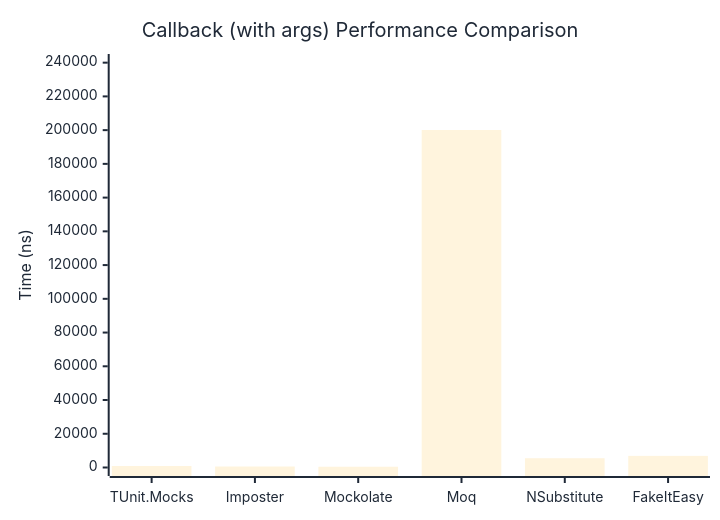
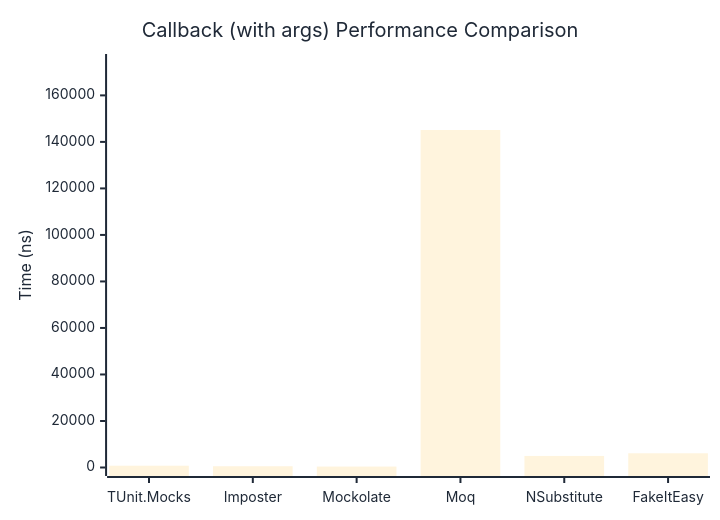
One commit to thomhurst/TUnit changed the second of 2 diagrams in docs/docs/benchmarks/mocks/Callback.md. Above: the diagram before and after it, drawn with Mermaid. The commit also changed other lines of this file and 14 other files, not shown here.

````diff
--- a/docs/docs/benchmarks/mocks/Callback.md
+++ b/docs/docs/benchmarks/mocks/Callback.md
@@ -71,27 +71,27 @@
 ```mermaid
 %%{init: {
   'theme':'base',
   'themeVariables': {
     'primaryColor': '#2563eb',
     'primaryTextColor': '#1f2937',
     'primaryBorderColor': '#1e40af',
     'lineColor': '#6b7280',
     'secondaryColor': '#7c3aed',
     'tertiaryColor': '#dc2626',
     'background': '#ffffff',
     'pie1': '#2563eb',
     'pie2': '#7c3aed',
     'pie3': '#dc2626',
     'pie4': '#f59e0b',
     'pie5': '#10b981',
     'pie6': '#06b6d4',
     'pie7': '#ec4899',
     'pie8': '#6366f1'
   }
 }}%%
 xychart-beta
   title "Callback (with args) Performance Comparison"
   x-axis ["TUnit.Mocks", "Imposter", "Mockolate", "Moq", "NSubstitute", "FakeItEasy"]
-  y-axis "Time (ns)" 0 --> 240095
-  bar [894.9, 589, 448, 200078.8, 5499, 6891.6]
+  y-axis "Time (ns)" 0 --> 174138
+  bar [774.9, 543.8, 399, 145114.7, 4973.5, 6121.2]
 ```
````
